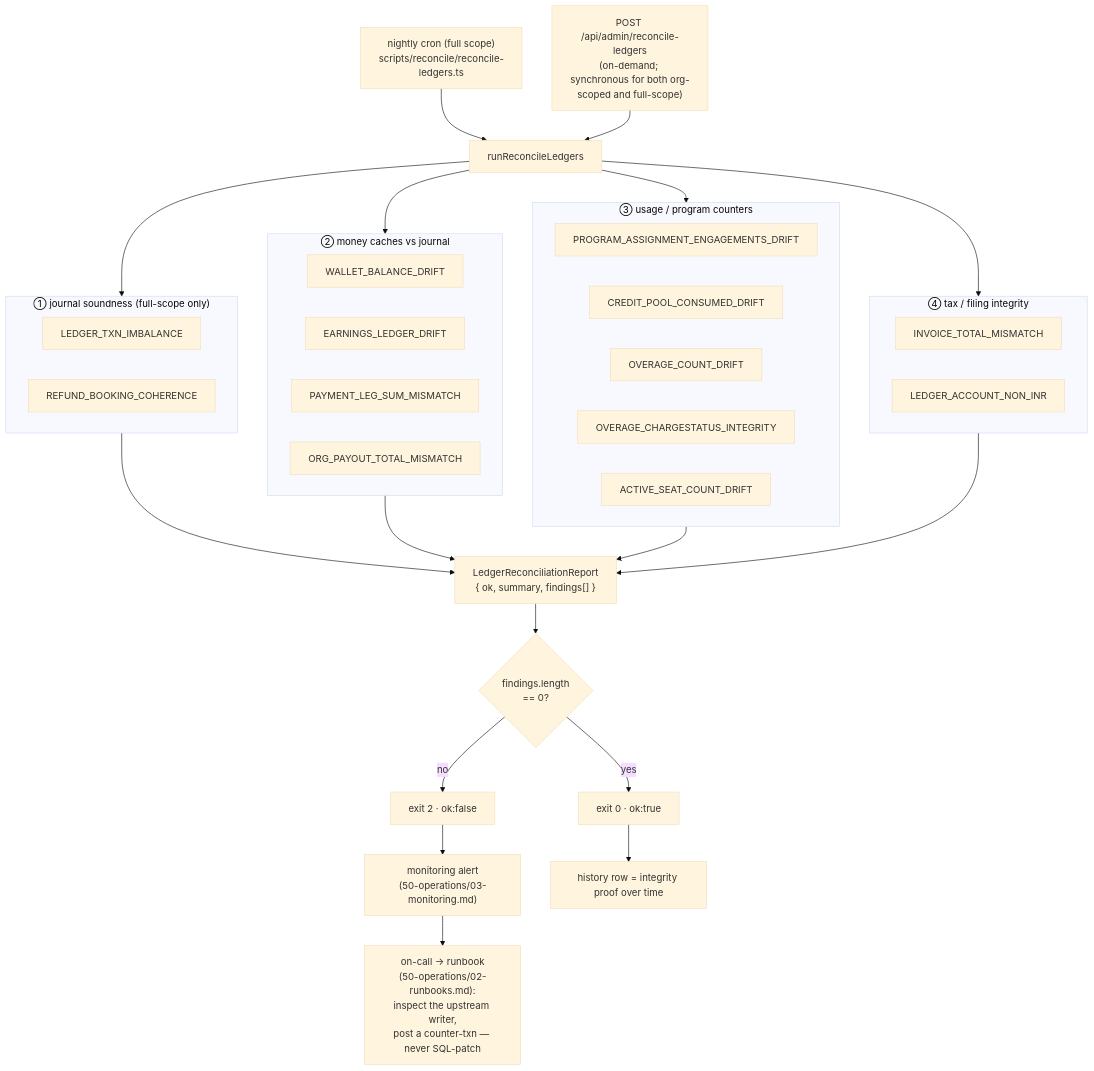
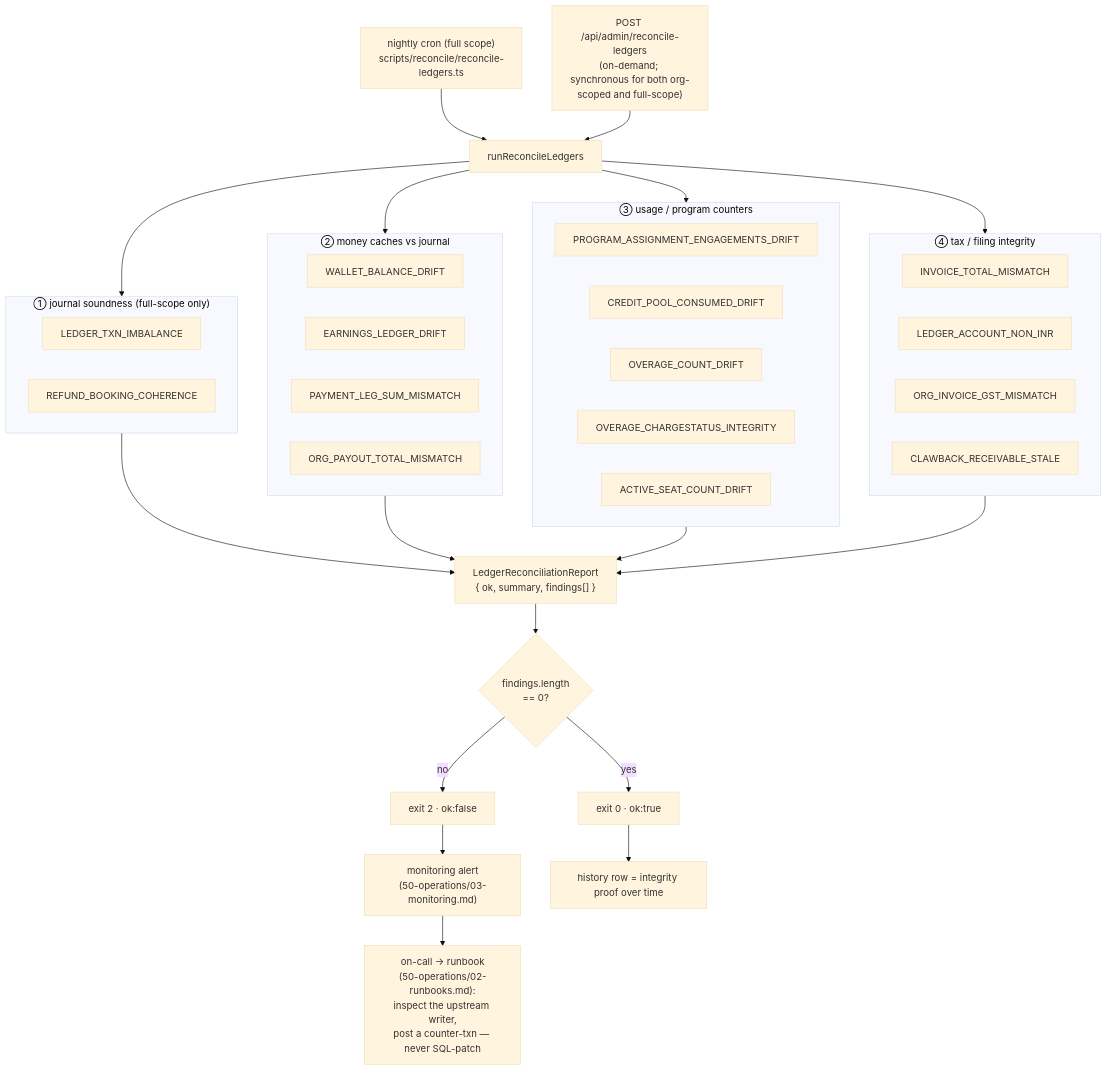
Before and after one commit to Practitionist/familiarise_web: the second of 2 diagrams in docs/enterprise/10-money-and-ledger/13-ledger-integrity.md, drawn with Mermaid (base theme). The commit also changed other lines of this file and 78 other files, not shown here.

````diff
--- a/docs/enterprise/10-money-and-ledger/13-ledger-integrity.md
+++ b/docs/enterprise/10-money-and-ledger/13-ledger-integrity.md
@@ -61,37 +63,39 @@
 ```mermaid
 flowchart TD
   CRON["nightly cron (full scope)<br/>scripts/reconcile/reconcile-ledgers.ts"] --> RUN["runReconcileLedgers"]
   ADMIN["POST /api/admin/reconcile-ledgers<br/>(on-demand; synchronous for both org-scoped and full-scope)"] --> RUN
   RUN --> G1
   RUN --> G2
   RUN --> G3
   RUN --> G4
   subgraph G1["① journal soundness (full-scope only)"]
     LTI["LEDGER_TXN_IMBALANCE"]
     RBC["REFUND_BOOKING_COHERENCE"]
   end
   subgraph G2["② money caches vs journal"]
     WBD["WALLET_BALANCE_DRIFT"]
     ELD["EARNINGS_LEDGER_DRIFT"]
     PLS["PAYMENT_LEG_SUM_MISMATCH"]
     OPT["ORG_PAYOUT_TOTAL_MISMATCH"]
   end
   subgraph G3["③ usage / program counters"]
     PAE["PROGRAM_ASSIGNMENT_ENGAGEMENTS_DRIFT"]
     CPC["CREDIT_POOL_CONSUMED_DRIFT"]
     OCD["OVERAGE_COUNT_DRIFT"]
     OCI["OVERAGE_CHARGESTATUS_INTEGRITY"]
     ASC["ACTIVE_SEAT_COUNT_DRIFT"]
   end
   subgraph G4["④ tax / filing integrity"]
     ITM["INVOICE_TOTAL_MISMATCH"]
     NIN["LEDGER_ACCOUNT_NON_INR"]
+    IGM["ORG_INVOICE_GST_MISMATCH"]
+    CRS["CLAWBACK_RECEIVABLE_STALE"]
   end
   G1 & G2 & G3 & G4 --> RPT["LedgerReconciliationReport<br/>{ ok, summary, findings[] }"]
   RPT --> OK{"findings.length<br/>== 0?"}
   OK -- yes --> CLEAN["exit 0 · ok:true"]
   OK -- no --> PAGE["exit 2 · ok:false"]
   PAGE --> MON["monitoring alert<br/>(50-operations/03-monitoring.md)"]
   MON --> ONCALL["on-call → runbook<br/>(50-operations/02-runbooks.md):<br/>inspect the upstream writer,<br/>post a counter-txn — never SQL-patch"]
   CLEAN --> AUDIT["history row = integrity proof over time"]
 ```
````
